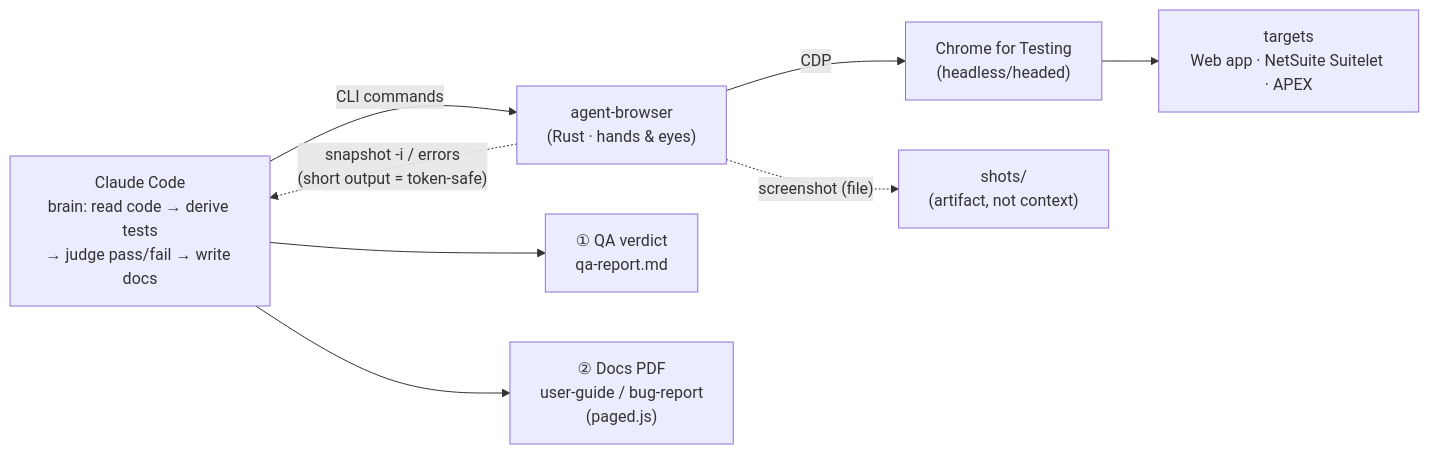
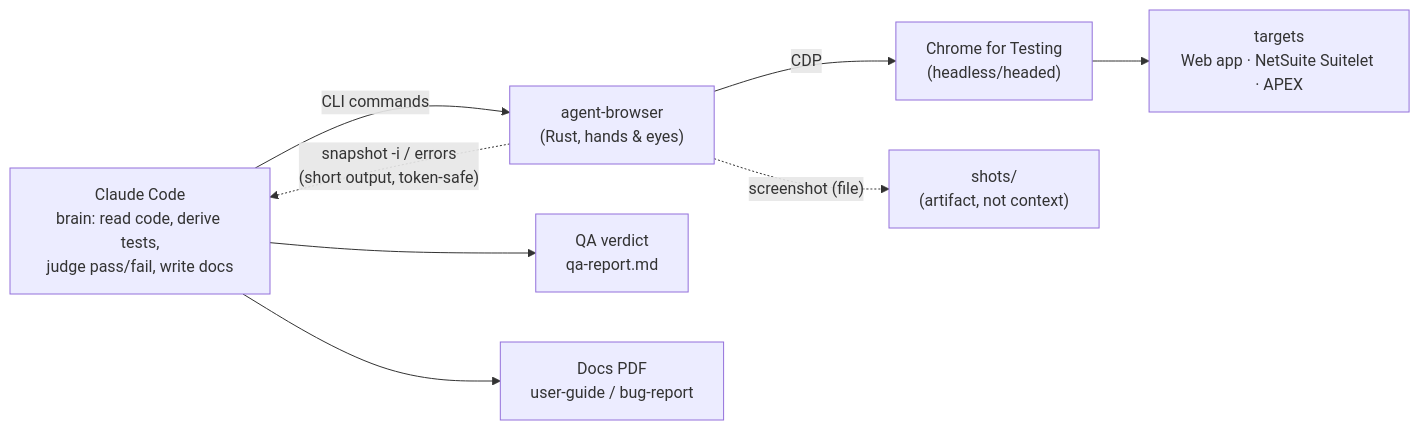
Before and after one commit to wichtking/agent-browser-qa: the diagram in README.md, drawn with Mermaid. The commit also changed other lines of this file, not shown here.

````diff
--- a/README.md
+++ b/README.md
@@ -22,10 +19,10 @@
 ```mermaid
 flowchart LR
-    claude["Claude Code<br/>brain: read code → derive tests<br/>→ judge pass/fail → write docs"] -->|"CLI commands"| ab["agent-browser<br/>(Rust · hands & eyes)"]
+    claude["Claude Code<br/>brain: read code, derive tests,<br/>judge pass/fail, write docs"] -->|"CLI commands"| ab["agent-browser<br/>(Rust, hands & eyes)"]
     ab -->|"CDP"| chrome["Chrome for Testing<br/>(headless/headed)"]
     chrome --> targets["targets<br/>Web app · NetSuite Suitelet · APEX"]
-    ab -.->|"snapshot -i / errors<br/>(short output = token-safe)"| claude
+    ab -.->|"snapshot -i / errors<br/>(short output, token-safe)"| claude
     ab -.->|"screenshot (file)"| shots["shots/<br/>(artifact, not context)"]
-    claude --> out1["① QA verdict<br/>qa-report.md"]
-    claude --> out2["② Docs PDF<br/>user-guide / bug-report<br/>(paged.js)"]
+    claude --> out1["QA verdict<br/>qa-report.md"]
+    claude --> out2["Docs PDF<br/>user-guide / bug-report"]
 ```
````
